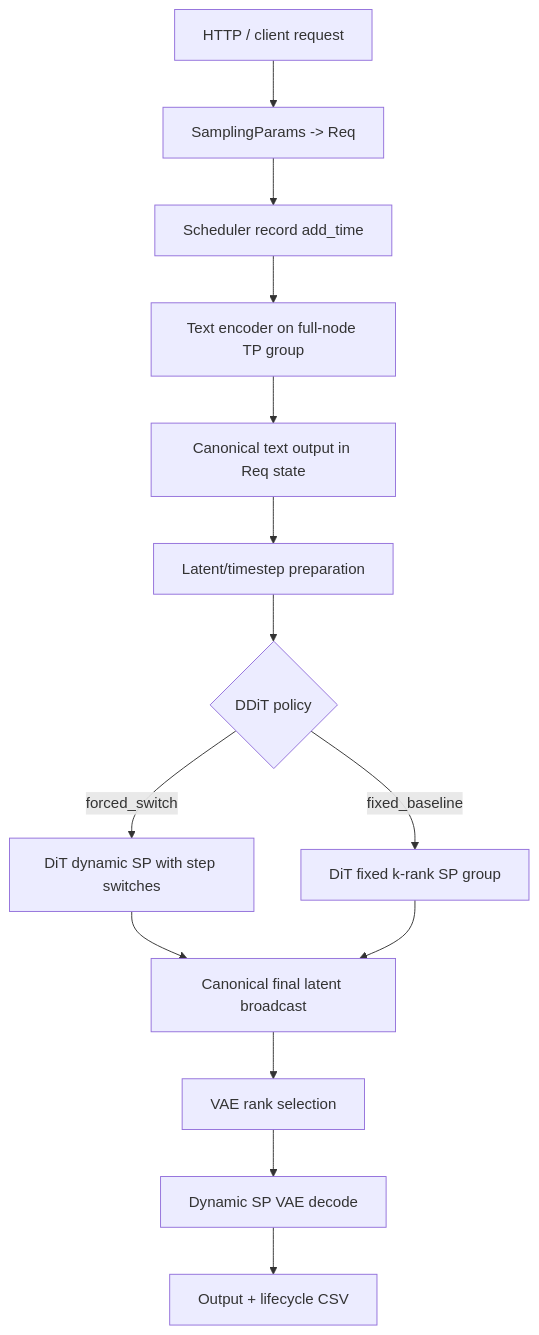
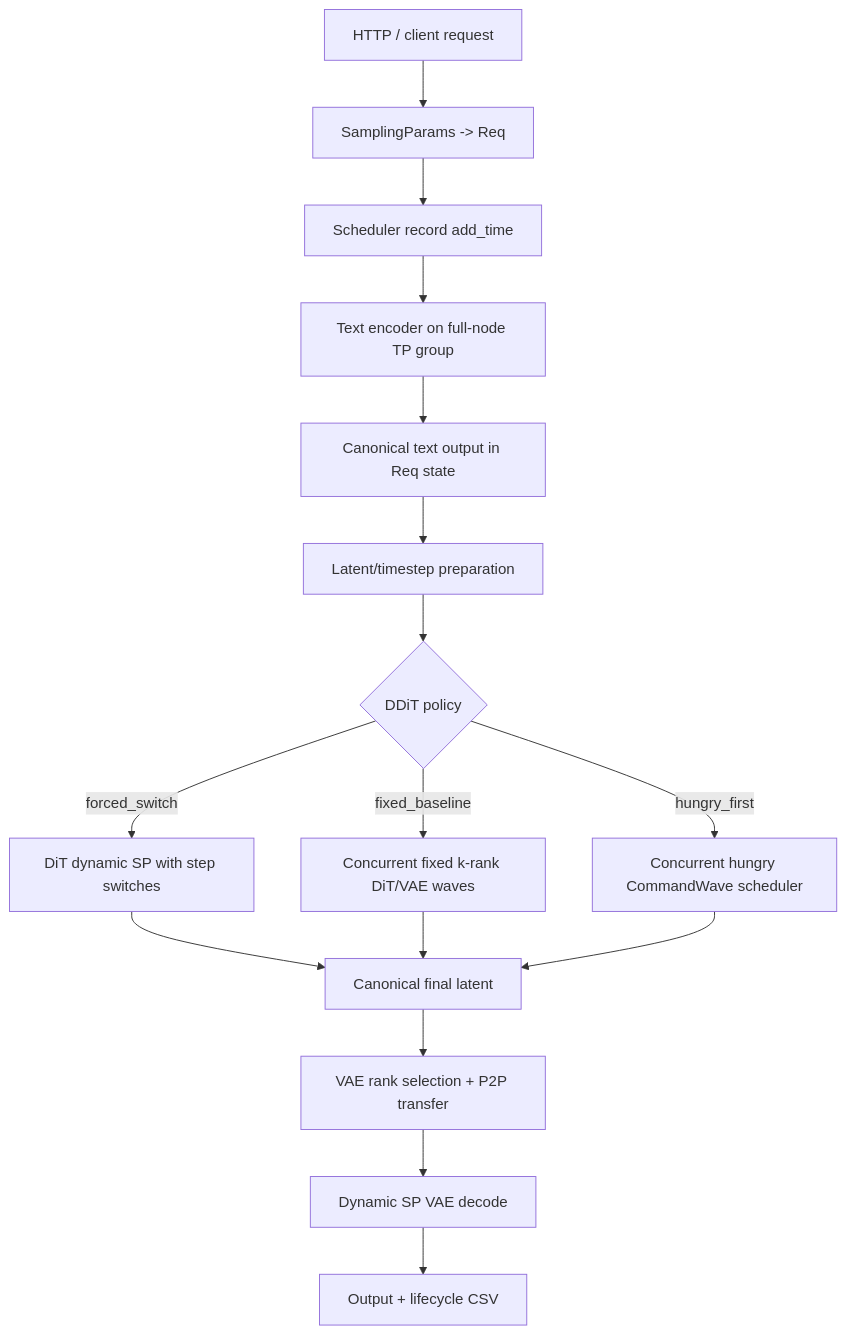
The first of 4 diagrams in docs/ddit/sglang_ddit_cookbook.md (FredHuang99/sglang), drawn with Mermaid before and after one commit. The commit also changed other lines of this file and 11 other files, not shown here.

````diff
--- a/docs/ddit/sglang_ddit_cookbook.md
+++ b/docs/ddit/sglang_ddit_cookbook.md
@@ -7,16 +7,18 @@
 ```mermaid
 flowchart TD
   A["HTTP / client request"] --> B["SamplingParams -> Req"]
   B --> C["Scheduler record add_time"]
   C --> D["Text encoder on full-node TP group"]
   D --> E["Canonical text output in Req state"]
   E --> F["Latent/timestep preparation"]
   F --> G{"DDiT policy"}
   G -->|forced_switch| H["DiT dynamic SP with step switches"]
-  G -->|fixed_baseline| I["DiT fixed k-rank SP group"]
-  H --> J["Canonical final latent broadcast"]
+  G -->|fixed_baseline| I["Concurrent fixed k-rank DiT/VAE waves"]
+  G -->|hungry_first| N["Concurrent hungry CommandWave scheduler"]
+  H --> J["Canonical final latent"]
   I --> J
-  J --> K["VAE rank selection"]
+  N --> J
+  J --> K["VAE rank selection + P2P transfer"]
   K --> L["Dynamic SP VAE decode"]
   L --> M["Output + lifecycle CSV"]
 ```
````
